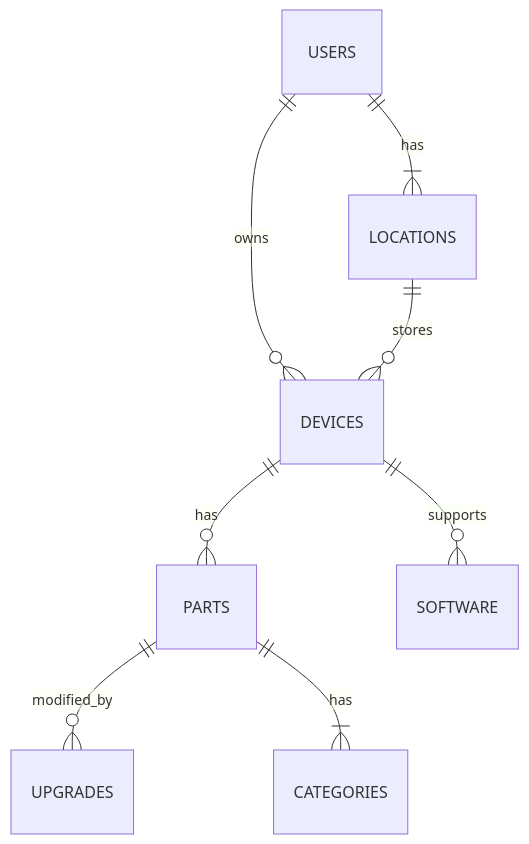
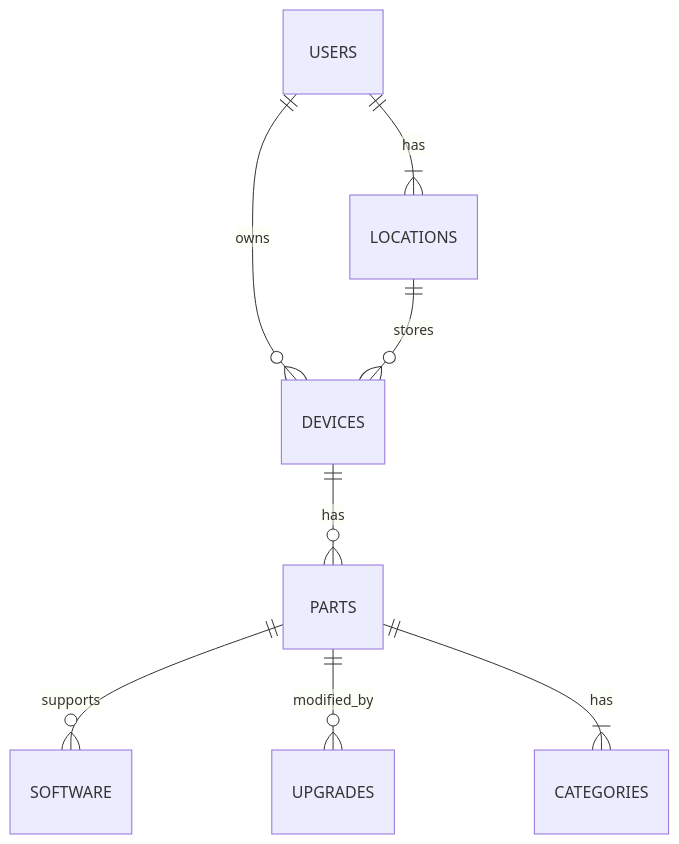
One commit to bsmylie873/TransistorTracker changed the diagram in README.md. Above: the diagram before and after it, drawn with Mermaid.

Commit message:
Slight adjustment.

```````diff
--- a/README.md
+++ b/README.md
@@ -25,11 +25,11 @@
 ```mermaid
 %%{init: {'theme':'default'}}%%
 erDiagram
     USERS ||--o{ DEVICES : owns
     USERS ||--|{ LOCATIONS : has
     DEVICES ||--o{ PARTS : has
-    DEVICES ||--o{ SOFTWARE : supports
+    PARTS ||--o{ SOFTWARE : supports
     PARTS ||--o{ UPGRADES : modified_by
     PARTS ||--|{ CATEGORIES : has
     LOCATIONS ||--o{ DEVICES : stores
 ``````
```````
